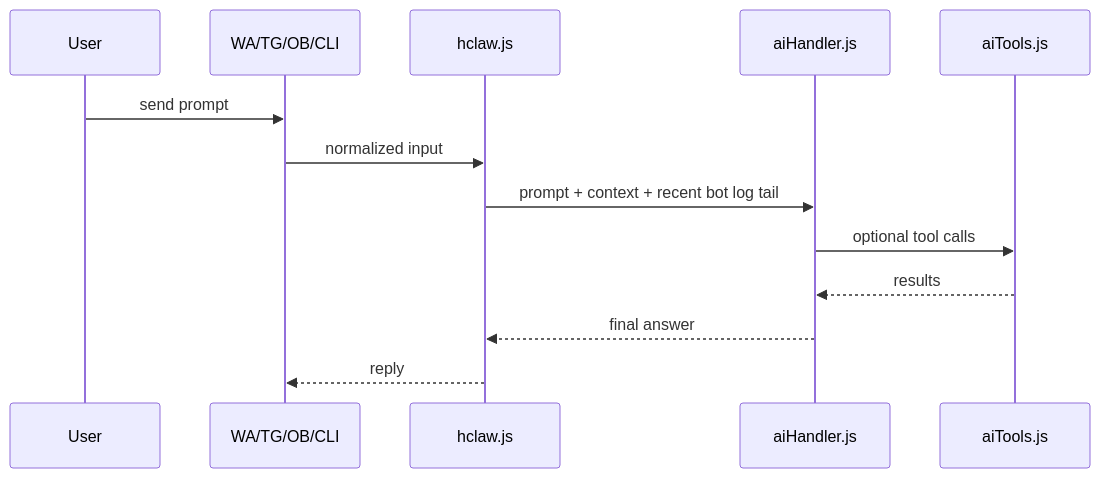
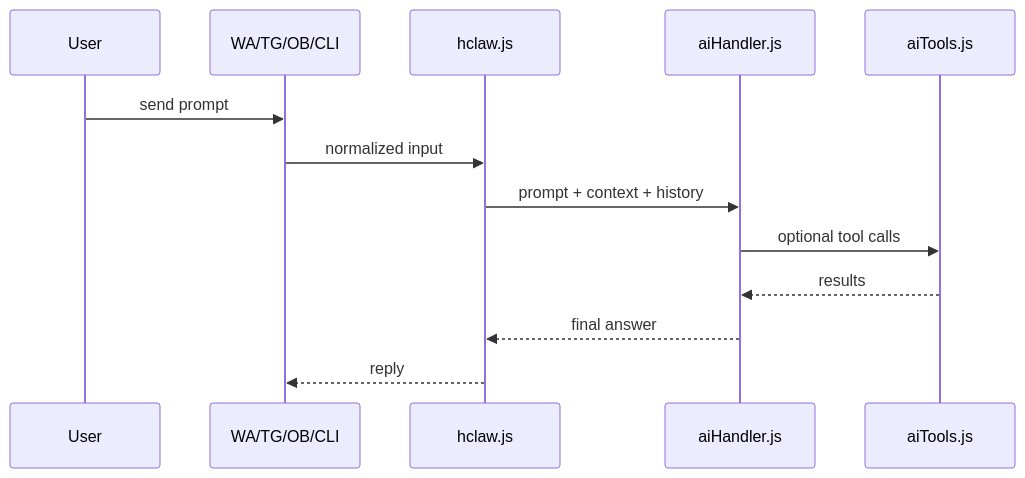
One commit to hseeda/10L-H-Claw changed the third of 5 diagrams in README.md. Above: the diagram before and after it, drawn with Mermaid. The commit also changed other lines of this file and 23 other files, not shown here.

````diff
--- a/README.md
+++ b/README.md
@@ -117,16 +154,16 @@
 ```mermaid
 sequenceDiagram
     participant User
     participant Client as WA/TG/OB/CLI
     participant Core as hclaw.js
     participant AI as aiHandler.js
     participant Tools as aiTools.js
 
     User->>Client: send prompt
     Client->>Core: normalized input
-    Core->>AI: prompt + context + recent bot log tail
+    Core->>AI: prompt + context + history
     AI->>Tools: optional tool calls
     Tools-->>AI: results
     AI-->>Core: final answer
     Core-->>Client: reply
 ```
````
